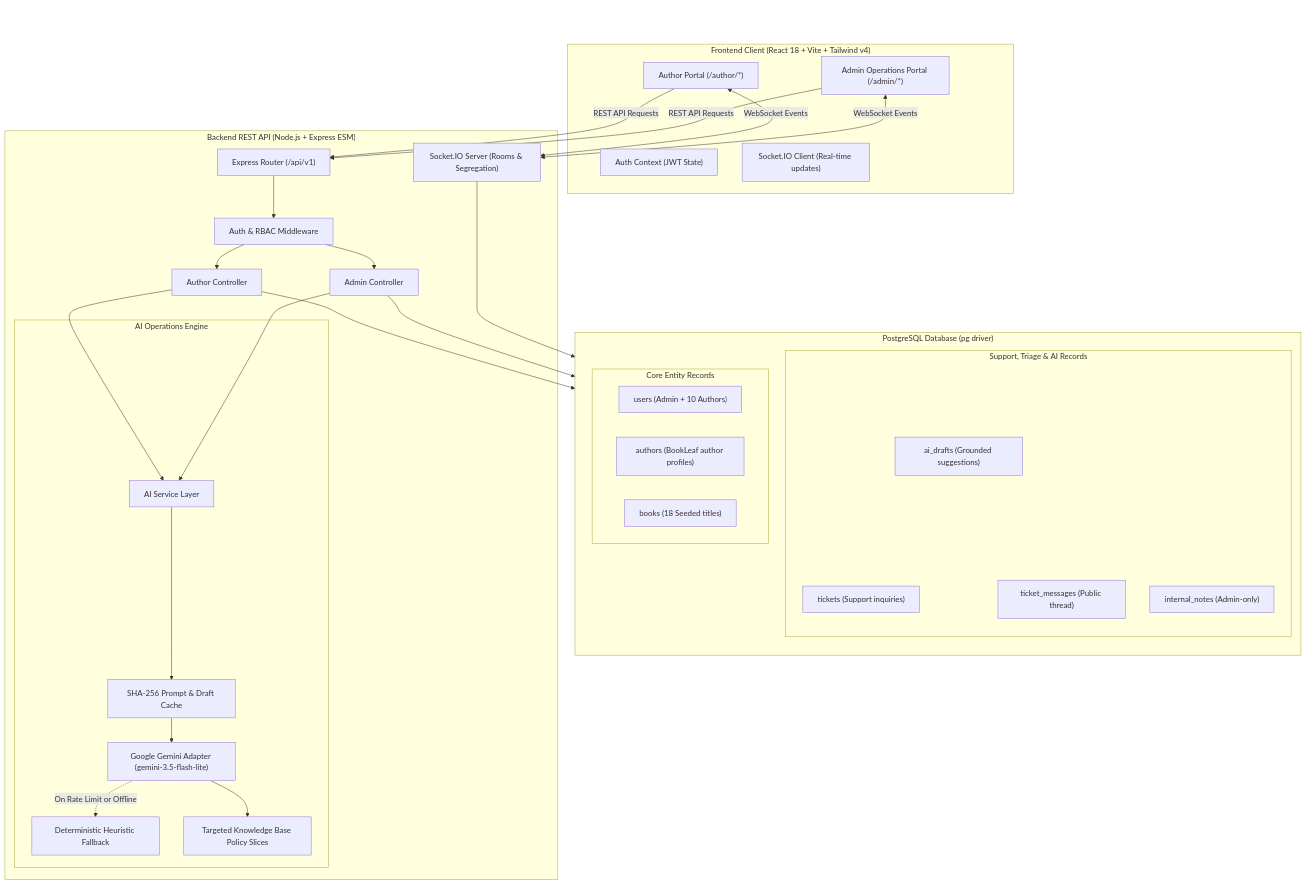
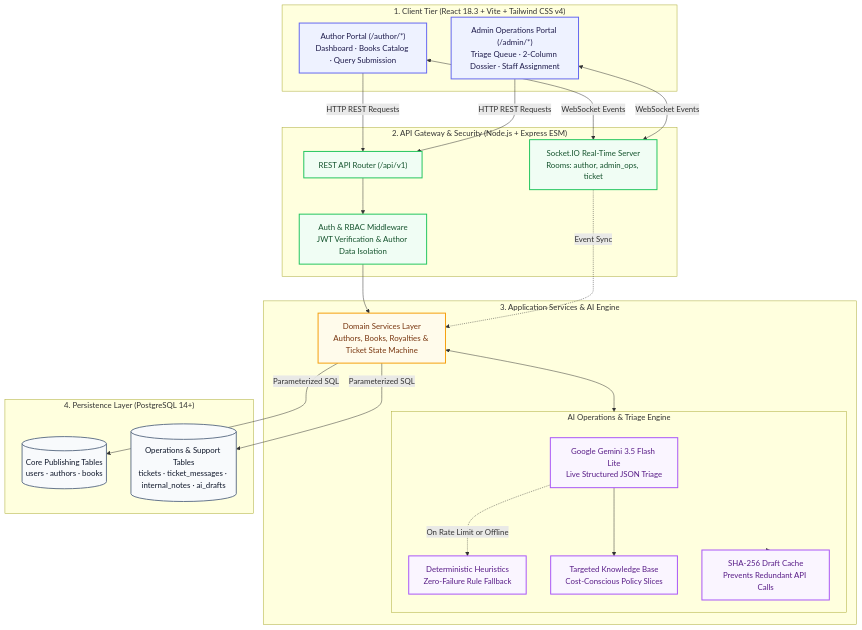
Before and after one commit to Abhisek1233/Bookleaf-author-portal: the diagram in README.md, drawn with Mermaid.

Commit message:
docs(architecture): redesign system architecture into clean 4-tier flow with distinct color styling and natural button clearance

````diff
--- a/README.md
+++ b/README.md
@@ -127,80 +127,55 @@
 ```mermaid
 flowchart TD
-    TopBuffer[" "]
-    style TopBuffer fill:none,stroke:none,color:none
+    classDef client fill:#EEF2FF,stroke:#6366F1,stroke-width:2px,color:#1E1B4B
+    classDef gateway fill:#F0FDF4,stroke:#22C55E,stroke-width:2px,color:#14532D
+    classDef service fill:#FFFBEB,stroke:#F59E0B,stroke-width:2px,color:#78350F
+    classDef ai fill:#FAF5FF,stroke:#A855F7,stroke-width:2px,color:#581C87
+    classDef db fill:#F8FAFC,stroke:#64748B,stroke-width:2px,color:#0F172A
 
-    subgraph Client["Frontend Client (React 18 + Vite + Tailwind v4)"]
-        AuthorUI["Author Portal (/author/*)"]
-        AdminUI["Admin Operations Portal (/admin/*)"]
-        AuthCtx["Auth Context (JWT State)"]
-        SocketCl["Socket.IO Client (Real-time updates)"]
-        TopRightPad[" "]
-        AdminUI ~~~ TopRightPad
-        style TopRightPad fill:none,stroke:none,color:none
+    subgraph Tier1["1. Client Tier (React 18.3 + Vite + Tailwind CSS v4)"]
+        AuthorApp["Author Portal (/author/*)<br/>Dashboard · Books Catalog · Query Submission"]:::client
+        AdminApp["Admin Operations Portal (/admin/*)<br/>Triage Queue · 2-Column Dossier · Staff Assignment"]:::client
     end
 
-    subgraph Server["Backend REST API (Node.js + Express ESM)"]
-        Router["Express Router (/api/v1)"]
-        AuthMw["Auth & RBAC Middleware"]
-        AuthorCtrl["Author Controller"]
-        AdminCtrl["Admin Controller"]
-        
-        subgraph AISubsystem["AI Operations Engine"]
-            AISvc["AI Service Layer"]
-            GeminiProv["Google Gemini Adapter (gemini-3.5-flash-lite)"]
-            FallbackProv["Deterministic Heuristic Fallback"]
-            KB["Targeted Knowledge Base Policy Slices"]
-            Cache["SHA-256 Prompt & Draft Cache"]
-        end
-
-        SocketSvr["Socket.IO Server (Rooms & Segregation)"]
+    subgraph Tier2["2. API Gateway & Security (Node.js + Express ESM)"]
+        Router["REST API Router (/api/v1)"]:::gateway
+        AuthLayer["Auth & RBAC Middleware<br/>JWT Verification & Author Data Isolation"]:::gateway
+        SocketGateway["Socket.IO Real-Time Server<br/>Rooms: author, admin_ops, ticket"]:::gateway
     end
 
-    subgraph Storage["PostgreSQL Database (pg driver)"]
-        direction TB
-        subgraph CoreTables["Core Entity Records"]
-            T_Users["users (Admin + 10 Authors)"]
-            T_Authors["authors (BookLeaf author profiles)"]
-            T_Books["books (18 Seeded titles)"]
+    subgraph Tier3["3. Application Services & AI Engine"]
+        DomainServices["Domain Services Layer<br/>Authors, Books, Royalties & Ticket State Machine"]:::service
+        subgraph AIEngine["AI Operations & Triage Engine"]
+            Gemini["Google Gemini 3.5 Flash Lite<br/>Live Structured JSON Triage"]:::ai
+            Fallback["Deterministic Heuristics<br/>Zero-Failure Rule Fallback"]:::ai
+            Knowledge["Targeted Knowledge Base<br/>Cost-Conscious Policy Slices"]:::ai
+            Cache["SHA-256 Draft Cache<br/>Prevents Redundant API Calls"]:::ai
         end
-        subgraph SupportTables["Support, Triage & AI Records"]
-            T_Tickets["tickets (Support inquiries)"]
-            T_Messages["ticket_messages (Public thread)"]
-            T_Notes["internal_notes (Admin-only)"]
-            T_Drafts["ai_drafts (Grounded suggestions)"]
-            BottomRightPad[" "]
-            T_Drafts ~~~ BottomRightPad
-            style BottomRightPad fill:none,stroke:none,color:none
-        end
-        CoreTables ~~~ SupportTables
     end
 
-    BottomBuffer[" "]
-    style BottomBuffer fill:none,stroke:none,color:none
+    subgraph Tier4["4. Persistence Layer (PostgreSQL 14+)"]
+        CoreData[("Core Publishing Tables<br/>users · authors · books")]:::db
+        OpsData[("Operations & Support Tables<br/>tickets · ticket_messages · internal_notes · ai_drafts")]:::db
+    end
 
-    TopBuffer ~~~ AuthorUI
-    TopBuffer ~~~ TopRightPad
+    %% Client to Gateway
+    AuthorApp -->|HTTP REST Requests| Router
+    AdminApp -->|HTTP REST Requests| Router
+    AuthorApp <-->|WebSocket Events| SocketGateway
+    AdminApp <-->|WebSocket Events| SocketGateway
 
-    AuthorUI -->|REST API Requests| Router
-    AdminUI -->|REST API Requests| Router
-    AuthorUI <-->|WebSocket Events| SocketSvr
-    AdminUI <-->|WebSocket Events| SocketSvr
+    %% Gateway to Services
+    Router --> AuthLayer
+    AuthLayer --> DomainServices
+    SocketGateway -.->|Event Sync| DomainServices
 
-    Router --> AuthMw
-    AuthMw --> AuthorCtrl
-    AuthMw --> AdminCtrl
-    
-    AuthorCtrl --> AISvc
-    AdminCtrl --> AISvc
-    AISvc --> Cache
-    Cache --> GeminiProv
-    GeminiProv -.->|On Rate Limit or Offline| FallbackProv
-    GeminiProv --> KB
-    
-    AuthorCtrl --> Storage
-    AdminCtrl --> Storage
-    SocketSvr --> Storage
+    %% Services to AI Engine
+    DomainServices <--> AIEngine
+    Gemini -.->|On Rate Limit or Offline| Fallback
+    Gemini --> Knowledge
+    AIEngine --> Cache
 
-    T_Tickets ~~~ BottomBuffer
-    BottomRightPad ~~~ BottomBuffer
+    %% Services to Database
+    DomainServices -->|Parameterized SQL| CoreData
+    DomainServices -->|Parameterized SQL| OpsData
 ```
````
